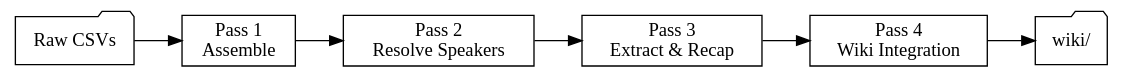
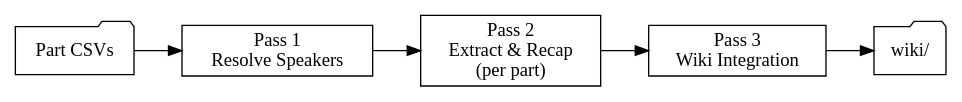
One commit to Thedougler/shattered-sea-wiki changed the second of 2 diagrams in .claude/skills/session-ingest/SKILL.md. Above: the diagram before and after it, drawn with Graphviz. The commit also changed other lines of this file and 2 other files, not shown here.

First line of the commit message:
refactor: session-ingest skill to chunk-per-part architecture

````diff
--- a/.claude/skills/session-ingest/SKILL.md
+++ b/.claude/skills/session-ingest/SKILL.md
@@ -82,14 +101,13 @@
 ```dot
 digraph passes {
   rankdir=LR;
   node [shape=box];
-  "Raw CSVs" [shape=folder];
+  "Part CSVs" [shape=folder];
   "wiki/" [shape=folder];
 
-  "Raw CSVs" -> "Pass 1\nAssemble";
-  "Pass 1\nAssemble" -> "Pass 2\nResolve Speakers";
-  "Pass 2\nResolve Speakers" -> "Pass 3\nExtract & Recap";
-  "Pass 3\nExtract & Recap" -> "Pass 4\nWiki Integration";
-  "Pass 4\nWiki Integration" -> "wiki/";
+  "Part CSVs" -> "Pass 1\nResolve Speakers";
+  "Pass 1\nResolve Speakers" -> "Pass 2\nExtract & Recap\n(per part)";
+  "Pass 2\nExtract & Recap\n(per part)" -> "Pass 3\nWiki Integration";
+  "Pass 3\nWiki Integration" -> "wiki/";
 }
 ```
````
